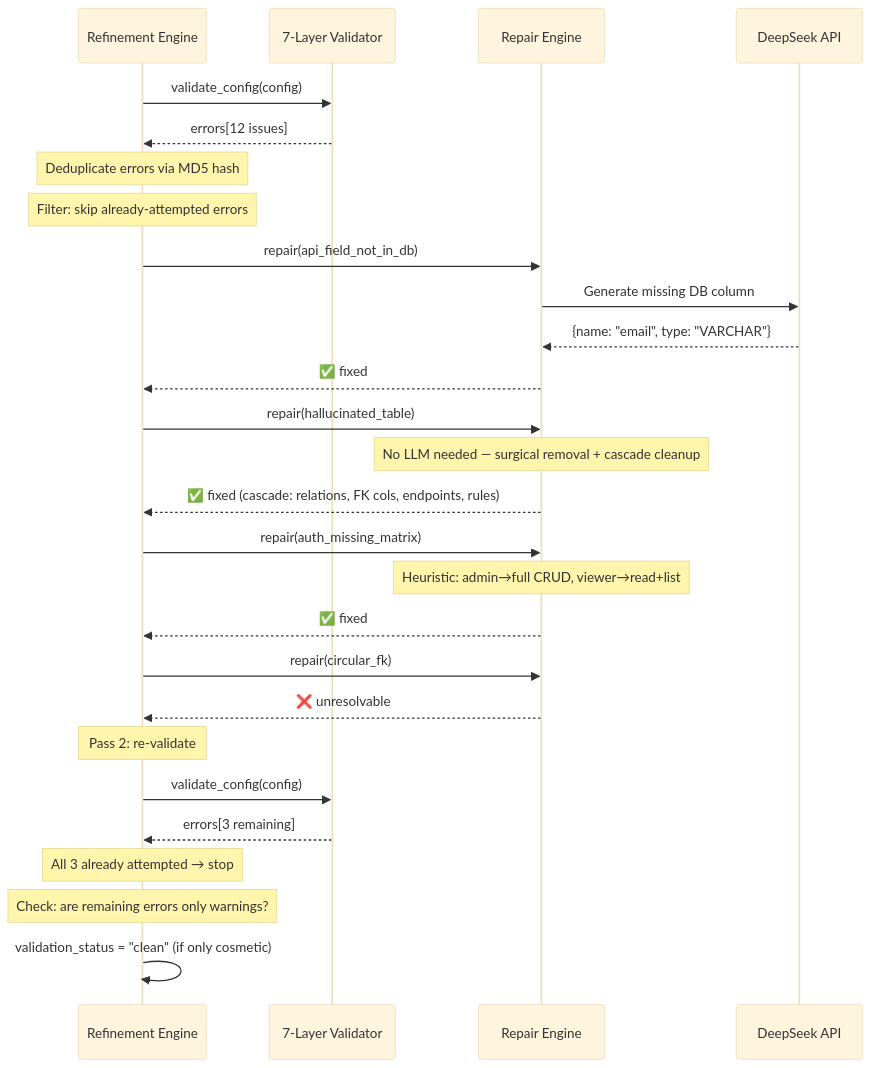
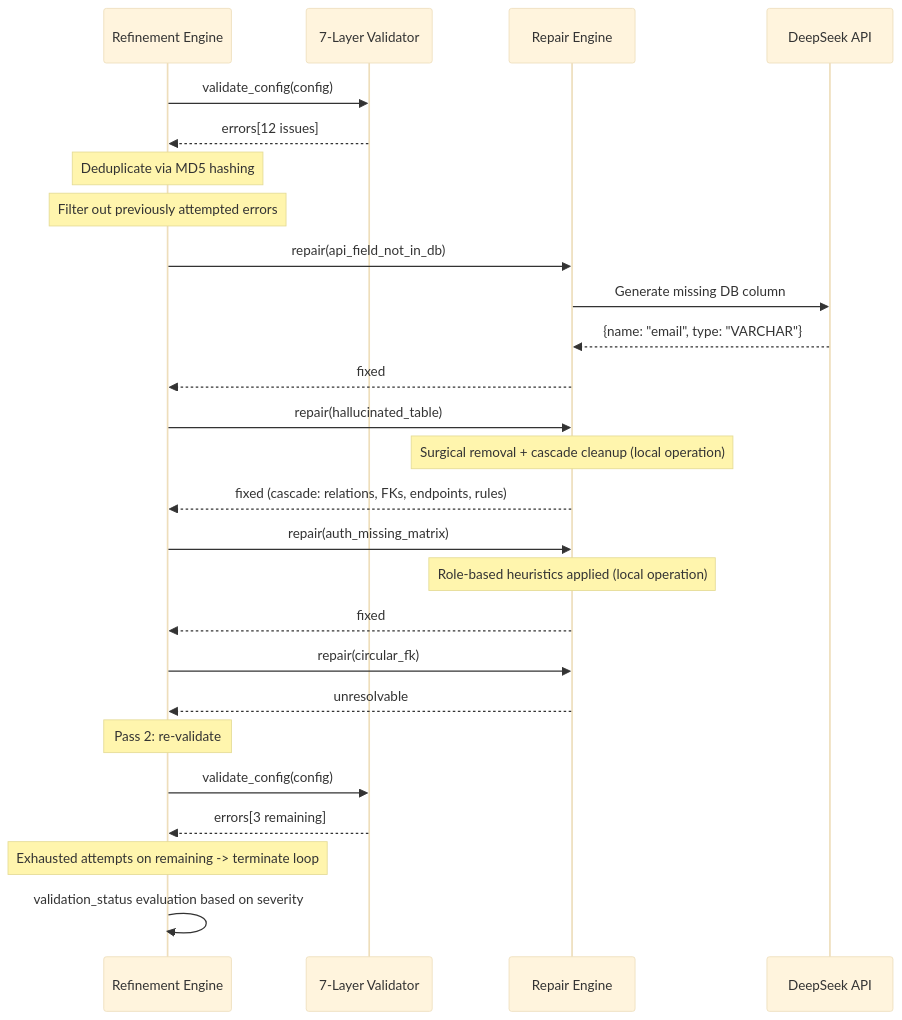
The fifth of 19 diagrams in SOFTWARE_ARCHITECTURE.md (notsooamit/app-compiler), drawn with Mermaid (base theme) before and after one commit. The commit also changed other lines of this file and 2 other files, not shown here.

Commit message:
Fix Render health check: root route now accepts HEAD requests

````diff
--- a/SOFTWARE_ARCHITECTURE.md
+++ b/SOFTWARE_ARCHITECTURE.md
@@ -316,36 +295,35 @@
 ```mermaid
 sequenceDiagram
     participant R as Refinement Engine
     participant V as 7-Layer Validator
     participant RE as Repair Engine
     participant LLM as DeepSeek API
 
     R->>V: validate_config(config)
     V-->>R: errors[12 issues]
     
-    Note over R: Deduplicate errors via MD5 hash
-    Note over R: Filter: skip already-attempted errors
+    Note over R: Deduplicate via MD5 hashing
+    Note over R: Filter out previously attempted errors
     
     R->>RE: repair(api_field_not_in_db)
     RE->>LLM: Generate missing DB column
     LLM-->>RE: {name: "email", type: "VARCHAR"}
-    RE-->>R: ✅ fixed
+    RE-->>R: fixed
 
     R->>RE: repair(hallucinated_table)
-    Note over RE: No LLM needed — surgical removal + cascade cleanup
-    RE-->>R: ✅ fixed (cascade: relations, FK cols, endpoints, rules)
+    Note over RE: Surgical removal + cascade cleanup (local operation)
+    RE-->>R: fixed (cascade: relations, FKs, endpoints, rules)
 
     R->>RE: repair(auth_missing_matrix)
-    Note over RE: Heuristic: admin→full CRUD, viewer→read+list
-    RE-->>R: ✅ fixed
+    Note over RE: Role-based heuristics applied (local operation)
+    RE-->>R: fixed
 
     R->>RE: repair(circular_fk)
-    RE-->>R: ❌ unresolvable
+    RE-->>R: unresolvable
 
     Note over R: Pass 2: re-validate
     R->>V: validate_config(config)
     V-->>R: errors[3 remaining]
-    Note over R: All 3 already attempted → stop
-    Note over R: Check: are remaining errors only warnings?
-    R->>R: validation_status = "clean" (if only cosmetic)
+    Note over R: Exhausted attempts on remaining -> terminate loop
+    R->>R: validation_status evaluation based on severity
 ```
````
